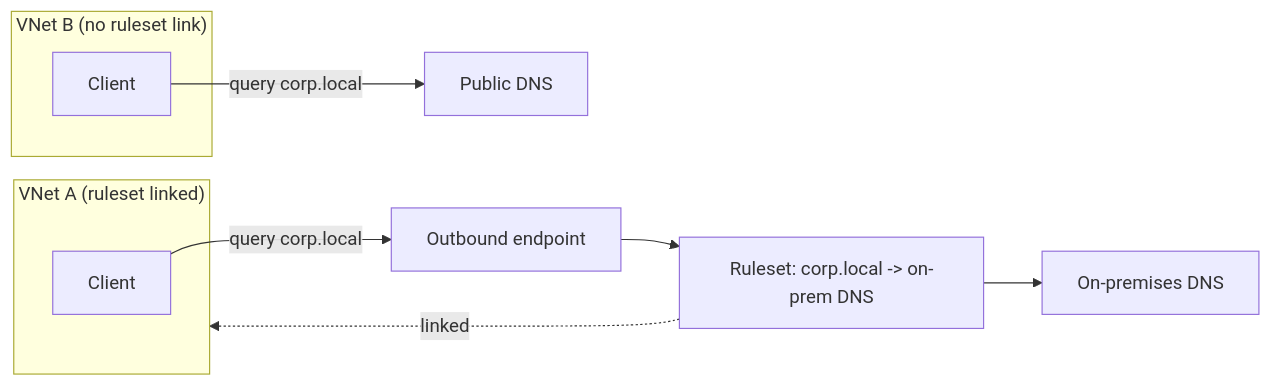
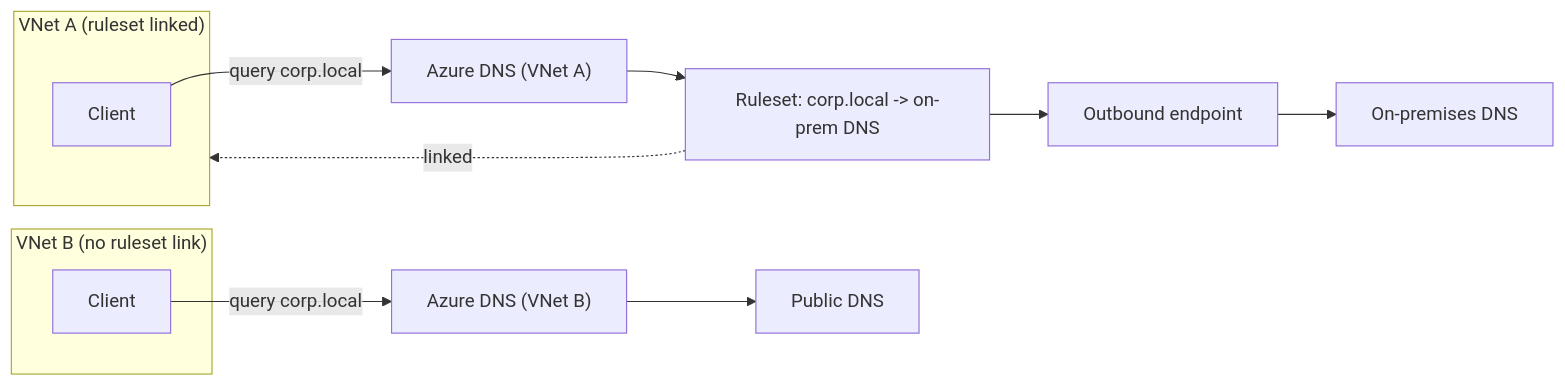
Before and after one commit to simonpainter/www.simonpainter.com: the third of 6 diagrams in blog/azure-dns-zone-locality.md, drawn with Mermaid.

Commit message:
Revise Azure DNS locality diagram for VNet queries
Updated the Azure DNS zone locality diagram to reflect changes in query handling for VNet A and VNet B. Clarified the outcomes based on ruleset links for DNS queries.

````diff
--- a/blog/azure-dns-zone-locality.md
+++ b/blog/azure-dns-zone-locality.md
@@ -65,22 +65,26 @@
 ```mermaid
 flowchart LR
     accTitle: Ruleset scoping across VNets
     accDescr: VNet A is linked to a forwarding ruleset and can resolve corp.local by forwarding to an on-premises DNS server. VNet B has no ruleset link and falls back to public DNS for the same query.
     subgraph VNetA["VNet A (ruleset linked)"]
         ClientA["Client"]
     end
     subgraph VNetB["VNet B (no ruleset link)"]
         ClientB["Client"]
     end
+    AzDNSA["Azure DNS (VNet A)"]
+    AzDNSB["Azure DNS (VNet B)"]
     OEP["Outbound endpoint"]
     Ruleset["Ruleset: corp.local -> on-prem DNS"]
     OnPrem["On-premises DNS"]
     PublicDNS["Public DNS"]
 
-    ClientA -->|query corp.local| OEP
+    ClientA -->|query corp.local| AzDNSA
     Ruleset -. linked .-> VNetA
-    OEP --> Ruleset
-    Ruleset --> OnPrem
+    AzDNSA --> Ruleset
+    Ruleset --> OEP
+    OEP --> OnPrem
 
-    ClientB -->|query corp.local| PublicDNS
+    ClientB -->|query corp.local| AzDNSB
+    AzDNSB --> PublicDNS
 ```
````
